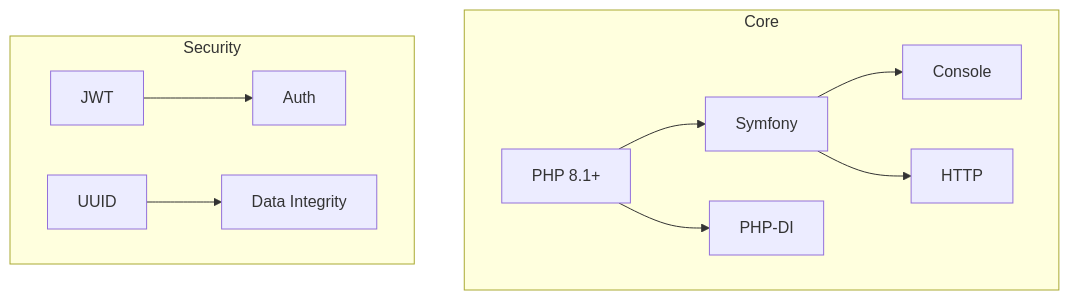
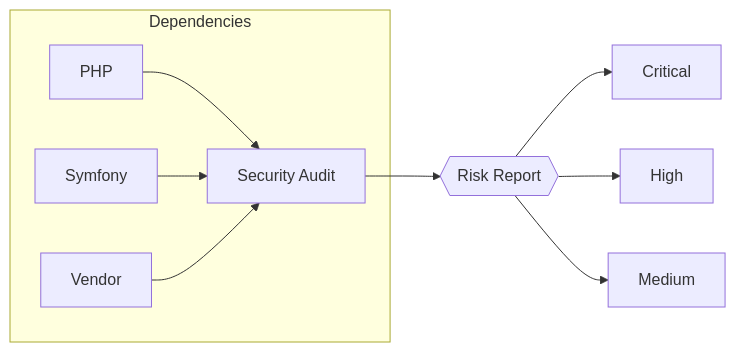
One commit to meyoramu/banana-php changed the third of 7 diagrams in docs/COMPOSER-REFERENCE.md. Above: the diagram before and after it, drawn with Mermaid. The commit also changed other lines of this file, not shown here.

````diff
--- a/docs/COMPOSER-REFERENCE.md
+++ b/docs/COMPOSER-REFERENCE.md
@@ -44,13 +61,12 @@
 ```mermaid
-flowchart TB
-    subgraph Core
-        A[PHP 8.1+] --> B[Symfony]
-        A --> C[PHP-DI]
-        B --> D[Console]
-        B --> E[HTTP]
+flowchart LR
+    subgraph Dependencies
+        A[PHP] --> B[Security Audit]
+        C[Symfony] --> B
+        D[Vendor] --> B
     end
-    subgraph Security
-        F[JWT] --> G[Auth]
-        H[UUID] --> I[Data Integrity]
-    end
+    B --> E{{Risk Report}}
+    E --> F[Critical]
+    E --> G[High]
+    E --> H[Medium]
 ```
````
